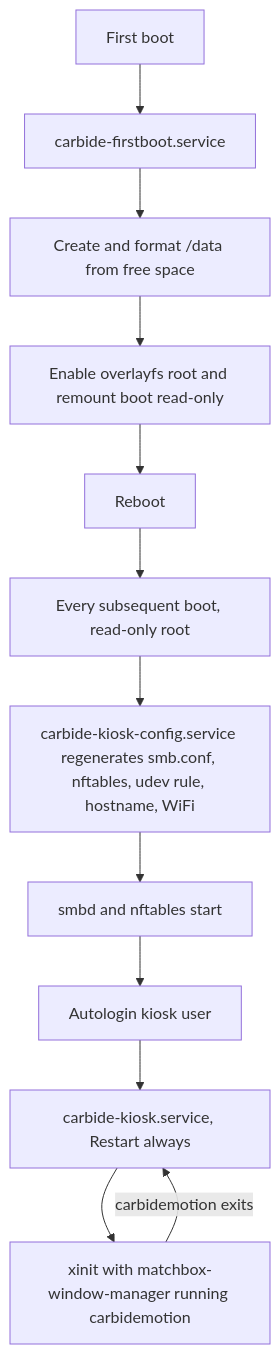
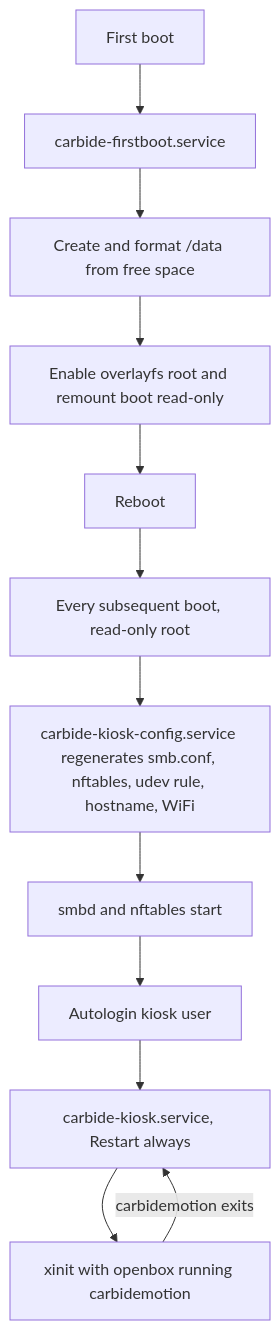
One commit to angelotadres/carbide-kiosk changed the diagram in SPEC.md. Above: the diagram before and after it, drawn with Mermaid. The commit also changed other lines of this file and 8 other files, not shown here.

````diff
--- a/SPEC.md
+++ b/SPEC.md
@@ -56,14 +60,14 @@
 ```mermaid
 flowchart TD
     A[First boot] --> B[carbide-firstboot.service]
     B --> C["Create and format /data from free space"]
     C --> D["Enable overlayfs root and remount boot read-only"]
     D --> E[Reboot]
     E --> F["Every subsequent boot, read-only root"]
     F --> G["carbide-kiosk-config.service regenerates smb.conf, nftables, udev rule, hostname, WiFi"]
     G --> H["smbd and nftables start"]
     H --> I[Autologin kiosk user]
     I --> J["carbide-kiosk.service, Restart always"]
-    J --> K["xinit with matchbox-window-manager running carbidemotion"]
+    J --> K["xinit with openbox running carbidemotion"]
     K -->|carbidemotion exits| J
 ```
````
